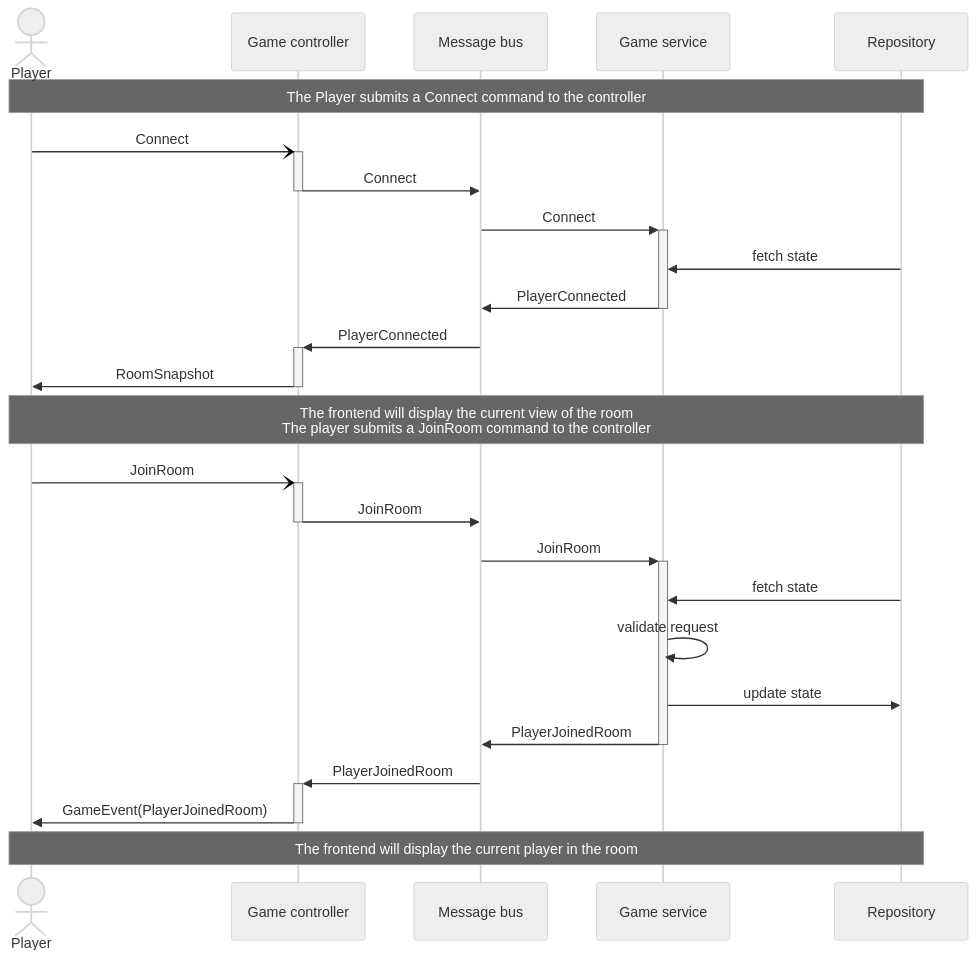
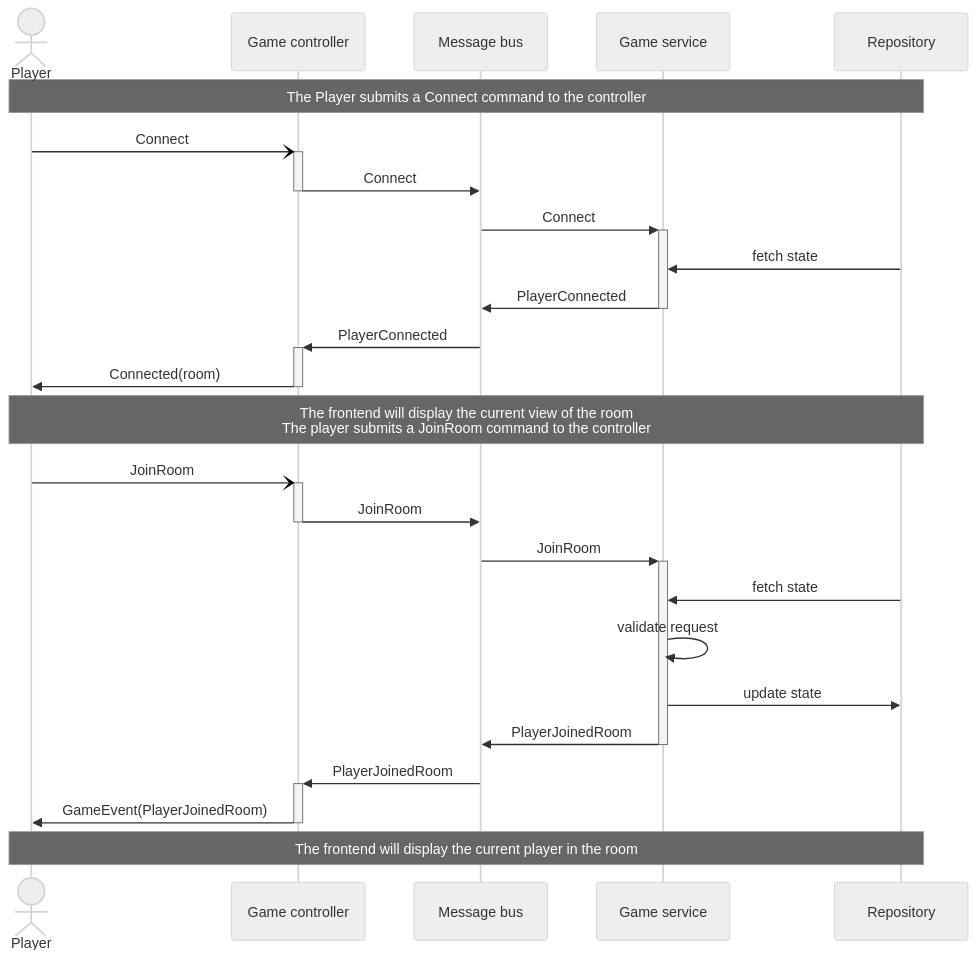
One commit to epifab/bastoni changed the second of 3 diagrams in README.md. Above: the diagram before and after it, drawn with Mermaid (neutral theme). The commit also changed 32 other files, not shown here.

````diff
--- a/README.md
+++ b/README.md
@@ -83,28 +83,28 @@
 ```mermaid
 sequenceDiagram
     actor p AS Player
     participant controller AS Game controller
     participant bus AS Message bus
     participant service AS Game service
     participant repo AS Repository
 
     note over p, repo: The Player submits a Connect command to the controller
     p-)+controller: Connect
     controller->>-bus: Connect
     bus->>+service: Connect
     repo->>service: fetch state
     service->>-bus: PlayerConnected
     bus->>+controller: PlayerConnected
-    controller->>-p: RoomSnapshot
+    controller->>-p: Connected(room)
     note over p, repo: The frontend will display the current view of the room<br/>The player submits a JoinRoom command to the controller
     p-)+controller: JoinRoom
     controller->>-bus: JoinRoom
     bus->>+service: JoinRoom
     repo->>service: fetch state
     service->>service: validate request
     service->>repo: update state
     service->>-bus: PlayerJoinedRoom
     bus->>+controller: PlayerJoinedRoom
     controller->>-p: GameEvent(PlayerJoinedRoom)
     note over p, repo: The frontend will display the current player in the room
 ```
````
